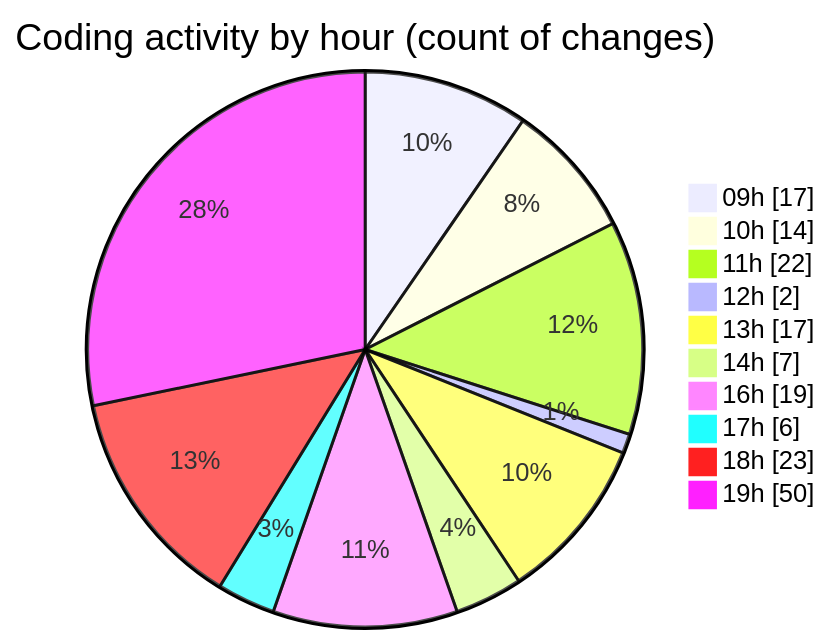
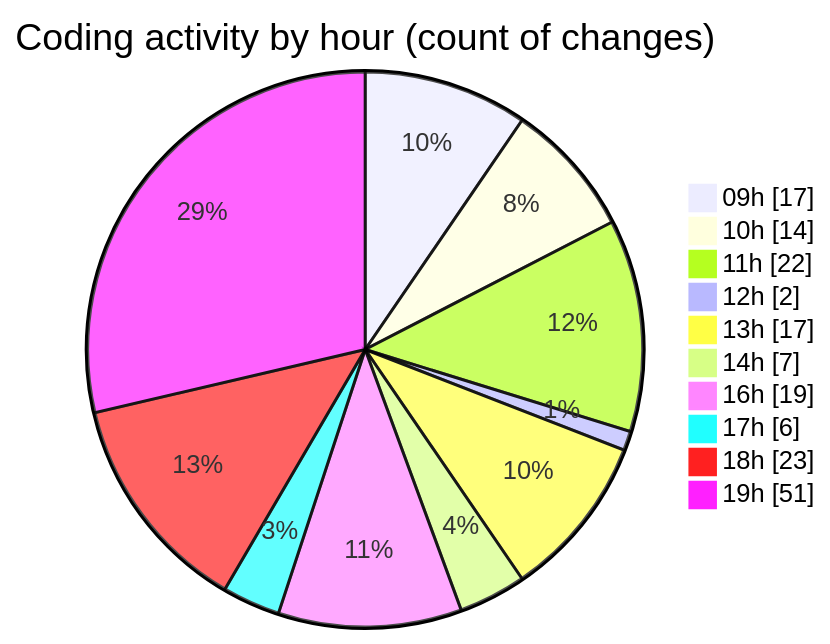
Before and after one commit to momahboobian/code-tracking: the second of 2 diagrams in 2026-04-28/cda/README.md, drawn with Mermaid. The commit also changed other lines of this file and 1 other file, not shown here.

````diff
--- a/2026-04-28/cda/README.md
+++ b/2026-04-28/cda/README.md
@@ -80,14 +81,14 @@
 ```mermaid
 pie showData
 title Coding activity by hour (count of changes)
 "09h" : 17
 "10h" : 14
 "11h" : 22
 "12h" : 2
 "13h" : 17
 "14h" : 7
 "16h" : 19
 "17h" : 6
 "18h" : 23
-"19h" : 50
+"19h" : 51
 ```
````
